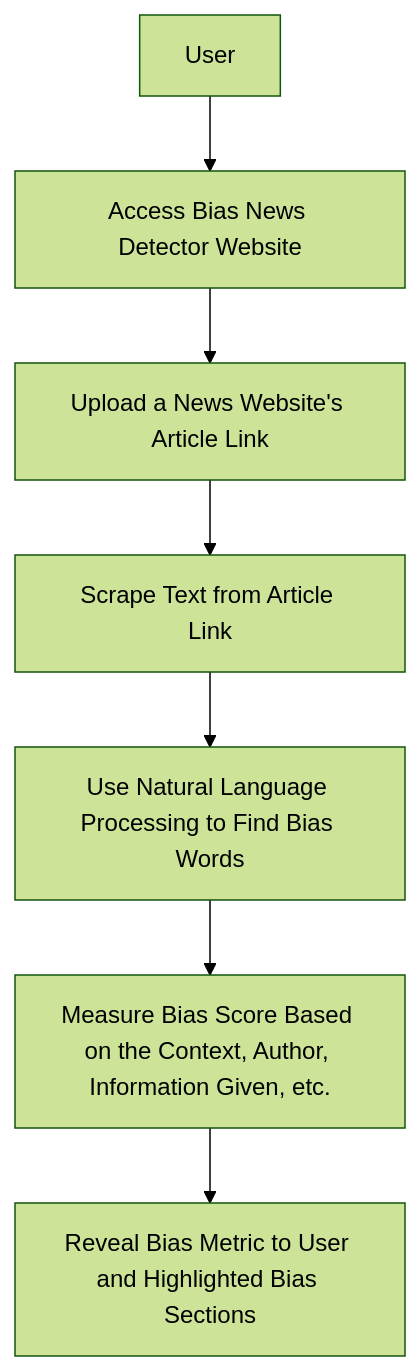
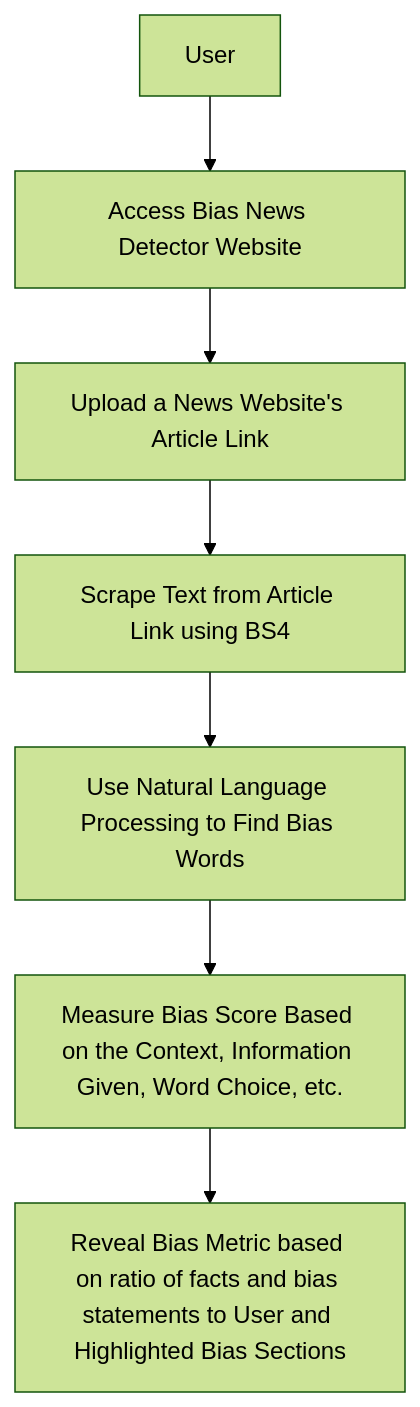
One commit to JordanDotPy/CP_final_design_report changed the third of 3 diagrams in README.md. Above: the diagram before and after it, drawn with Mermaid (forest theme).

````diff
--- a/README.md
+++ b/README.md
@@ -38,10 +38,10 @@
 ```mermaid
 graph TD;
     A[User] --> B;
     B[Access Bias News Detector Website] --> C;
     C[Upload a News Website's Article Link] --> D;
-    D[Scrape Text from Article Link] --> E;
+    D[Scrape Text from Article Link using BS4] --> E;
     E[Use Natural Language Processing to Find Bias Words] --> F;
-    F[Measure Bias Score Based on the Context, Author, Information Given, etc.] --> G;
-    G[Reveal Bias Metric to User and Highlighted Bias Sections];
+    F[Measure Bias Score Based on the Context, Information Given, Word Choice, etc.] --> G;
+    G[Reveal Bias Metric based on ratio of facts and bias statements to User and Highlighted Bias Sections];
 ```
````
